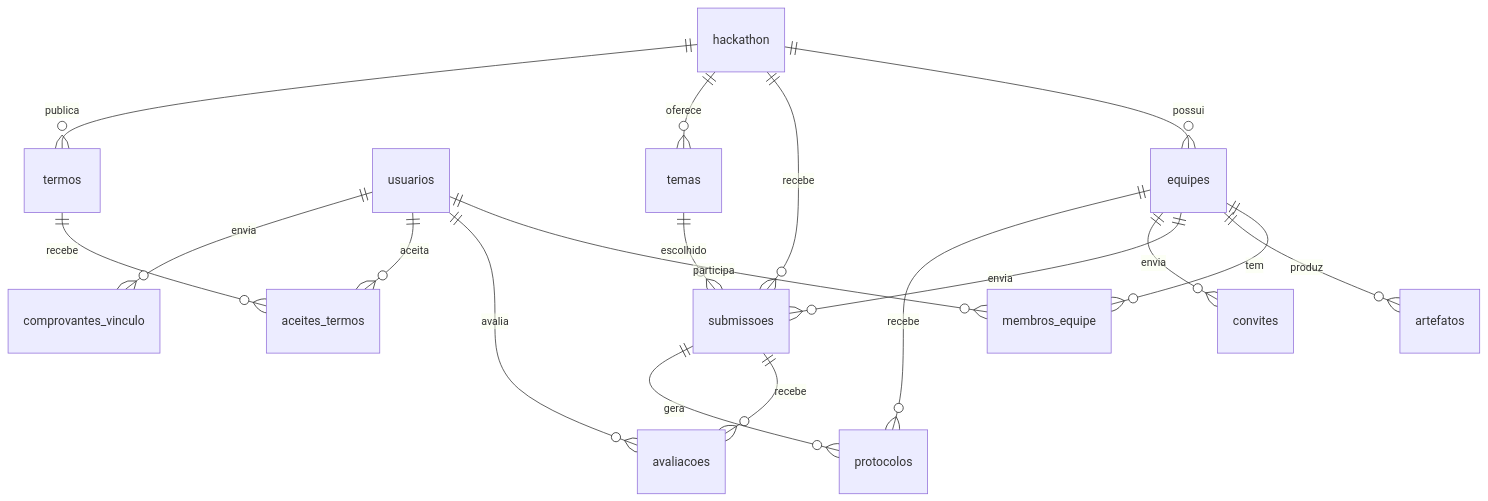
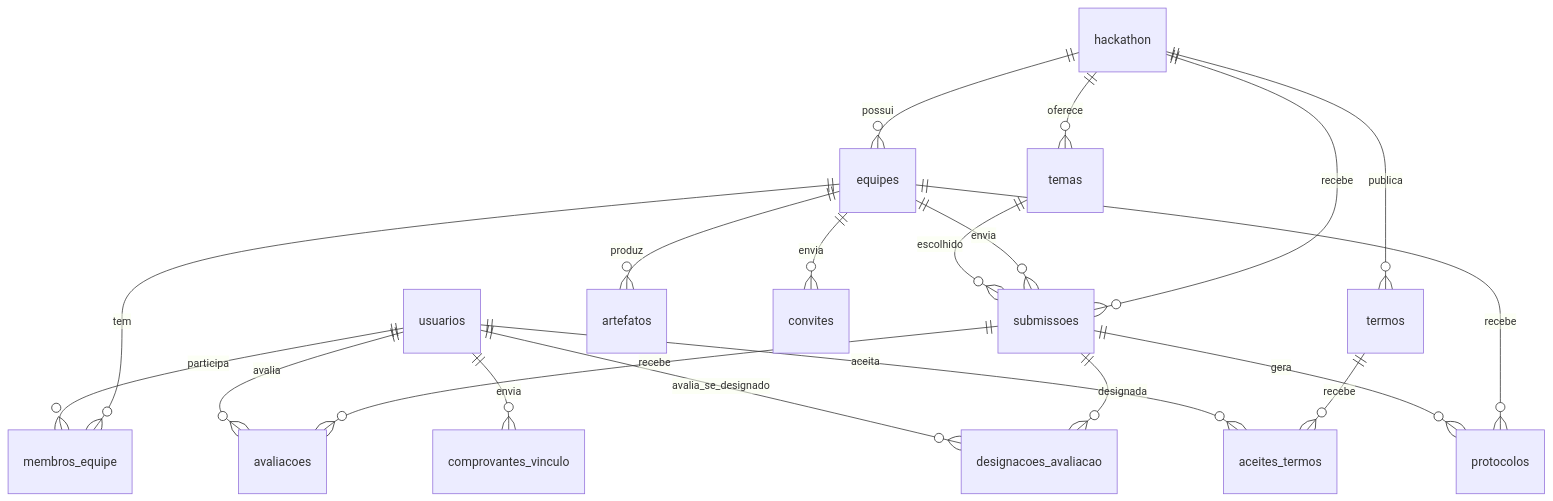
One commit to Hackathon-UFPA/hackathon_backend changed the diagram in README.md. Above: the diagram before and after it, drawn with Mermaid. The commit also changed other lines of this file, not shown here.

````diff
--- a/README.md
+++ b/README.md
@@ -49,20 +50,22 @@
 ```mermaid
 erDiagram
     hackathon ||--o{ equipes : possui
     hackathon ||--o{ submissoes : recebe
     equipes ||--o{ membros_equipe : tem
     usuarios ||--o{ membros_equipe : participa
     equipes ||--o{ artefatos : produz
     equipes ||--o{ submissoes : envia
     submissoes ||--o{ avaliacoes : recebe
     usuarios ||--o{ avaliacoes : avalia
+    submissoes ||--o{ designacoes_avaliacao : designada
+    usuarios ||--o{ designacoes_avaliacao : avalia_se_designado
     hackathon ||--o{ temas : oferece
     temas ||--o{ submissoes : escolhido
     equipes ||--o{ convites : envia
     hackathon ||--o{ termos : publica
     termos ||--o{ aceites_termos : recebe
     usuarios ||--o{ aceites_termos : aceita
     usuarios ||--o{ comprovantes_vinculo : envia
     equipes ||--o{ protocolos : recebe
     submissoes ||--o{ protocolos : gera
 ```
````
